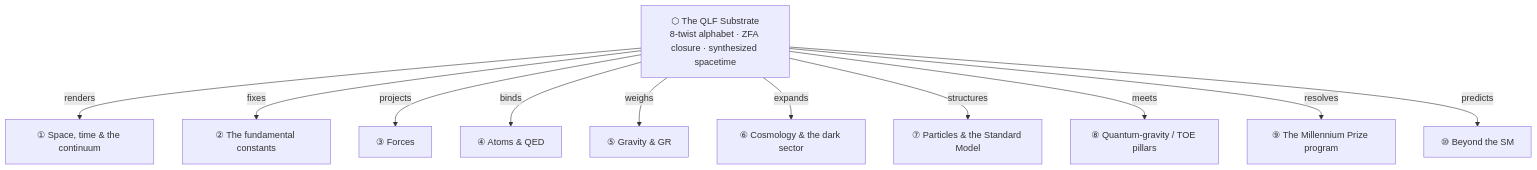
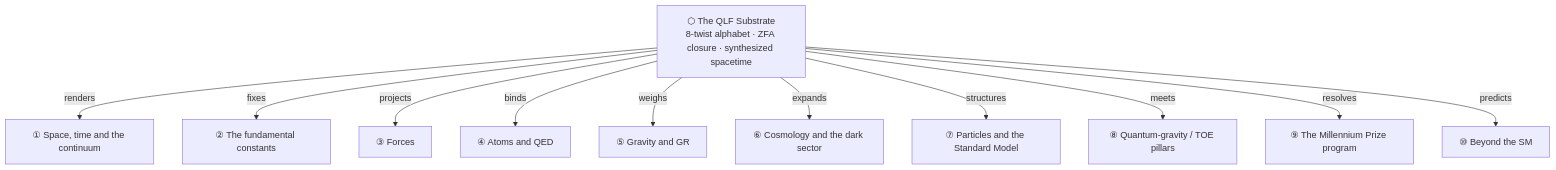
The first of 11 diagrams in FlowChart.md (jimscarver/quantum-logical-framework), drawn with Mermaid before and after one commit.

Commit message:
FlowChart.md: replace '&' with 'and' in node labels (GitHub Mermaid render fix)
'&' is Mermaid's node-conjunction operator and breaks GitHub's flowchart parser
even inside quoted labels ('unable to render rich display'). Replaced the 5
' & ' in the master-map domain labels with ' and ' (also aligns them with the
section headings, which already use 'and'). Structure otherwise unchanged.

````diff
--- a/FlowChart.md
+++ b/FlowChart.md
@@ -14,26 +14,26 @@
 ```mermaid
 flowchart TD
   S["⬡ The QLF Substrate<br/>8-twist alphabet · ZFA closure · synthesized spacetime"]
-  S -->|"renders"| SP["① Space, time & the continuum"]
+  S -->|"renders"| SP["① Space, time and the continuum"]
   S -->|"fixes"| C["② The fundamental constants"]
   S -->|"projects"| F["③ Forces"]
-  S -->|"binds"| A["④ Atoms & QED"]
-  S -->|"weighs"| G["⑤ Gravity & GR"]
-  S -->|"expands"| CO["⑥ Cosmology & the dark sector"]
-  S -->|"structures"| P["⑦ Particles & the Standard Model"]
+  S -->|"binds"| A["④ Atoms and QED"]
+  S -->|"weighs"| G["⑤ Gravity and GR"]
+  S -->|"expands"| CO["⑥ Cosmology and the dark sector"]
+  S -->|"structures"| P["⑦ Particles and the Standard Model"]
   S -->|"meets"| T["⑧ Quantum-gravity / TOE pillars"]
   S -->|"resolves"| M["⑨ The Millennium Prize program"]
   S -->|"predicts"| B["⑩ Beyond the SM"]
 
   click S "README.md"
   click SP "#1-space-time-and-the-continuum"
   click C "#2-the-fundamental-constants"
   click F "#3-forces"
   click A "#4-atoms-and-qed"
   click G "#5-gravity-and-gr"
   click CO "#6-cosmology-and-the-dark-sector"
   click P "#7-particles-and-the-standard-model"
   click T "#8-quantum-gravity--toe-pillars"
   click M "#9-the-millennium-prize-program"
   click B "#10-beyond-the-sm"
 ```
````
